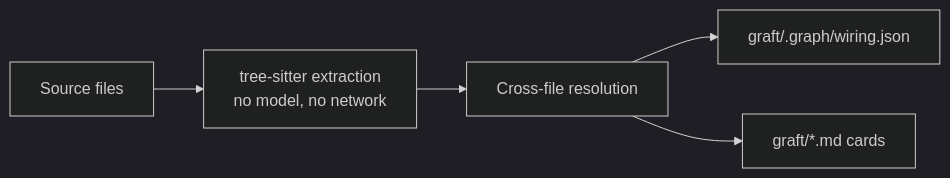
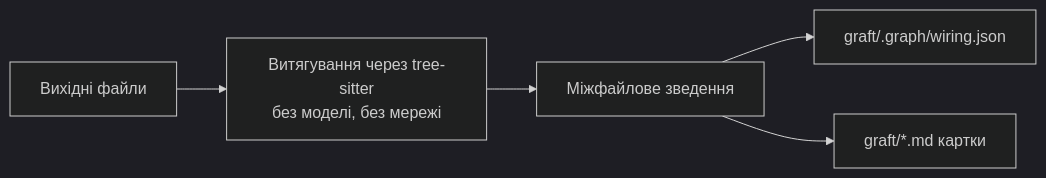
The diagram in README.md (h0rn3t/Graft), drawn with Mermaid (dark theme) before and after one commit. The commit also changed other lines of this file and 2 other files, not shown here.

````diff
--- a/README.md
+++ b/README.md
@@ -206,7 +193,7 @@
 ```mermaid
 flowchart LR
-    S[Source files] --> T["tree-sitter extraction<br/>no model, no network"]
-    T --> R["Cross-file resolution"]
+    S[Вихідні файли] --> T["Витягування через tree-sitter<br/>без моделі, без мережі"]
+    T --> R["Міжфайлове зведення"]
     R --> W["graft/.graph/wiring.json"]
-    R --> C["graft/*.md cards"]
+    R --> C["graft/*.md картки"]
 ```
````
